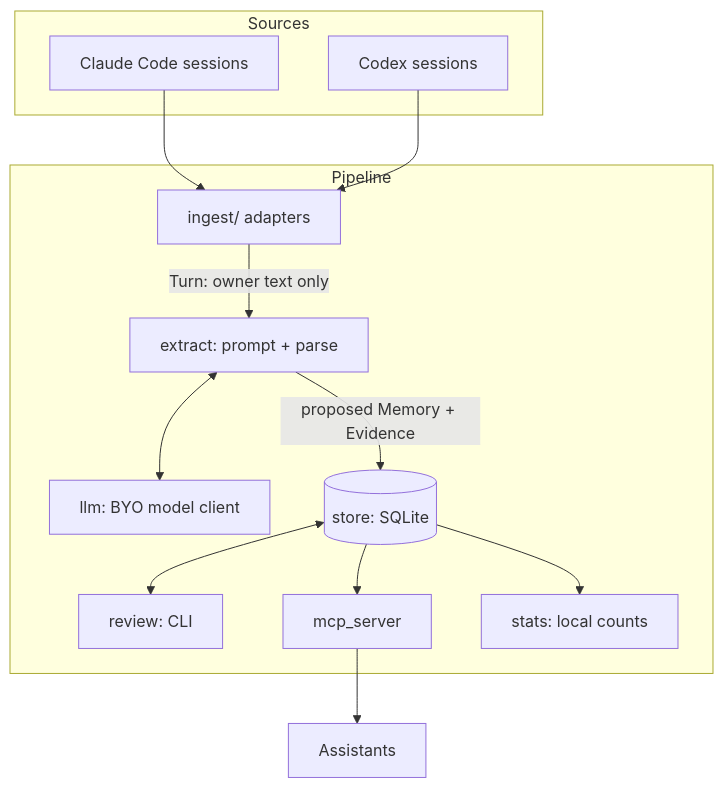
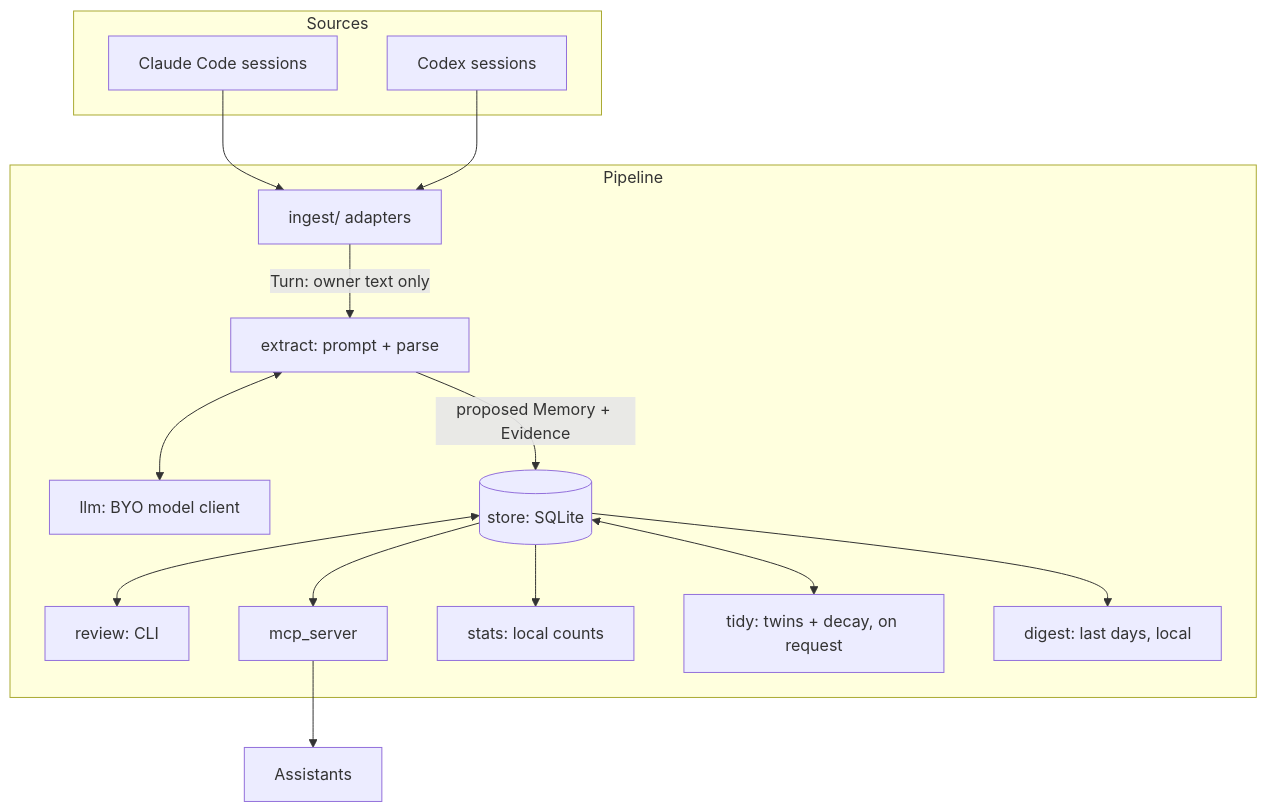
One commit to Yanir-R/personaKit changed the diagram in docs/ARCHITECTURE.md. Above: the diagram before and after it, drawn with Mermaid. The commit also changed other lines of this file and 20 other files, not shown here.

First line of the commit message:
0.2: fold same-session twins, archive stale memories, local digest

````diff
--- a/docs/ARCHITECTURE.md
+++ b/docs/ARCHITECTURE.md
@@ -6,25 +6,29 @@
 ```mermaid
 flowchart TB
   subgraph Sources
     CC[Claude Code sessions]
     CX[Codex sessions]
   end
   subgraph Pipeline
     IN[ingest/ adapters]
     EX[extract: prompt + parse]
     LLM[llm: BYO model client]
     ST[(store: SQLite)]
     RV[review: CLI]
     MCP[mcp_server]
     SS[stats: local counts]
+    TD[tidy: twins + decay, on request]
+    DG[digest: last days, local]
   end
   CC --> IN
   CX --> IN
   IN -->|Turn: owner text only| EX
   EX <--> LLM
   EX -->|proposed Memory + Evidence| ST
   ST <--> RV
   ST --> MCP
   ST --> SS
+  ST <--> TD
+  ST --> DG
   MCP --> AS[Assistants]
 ```
````
